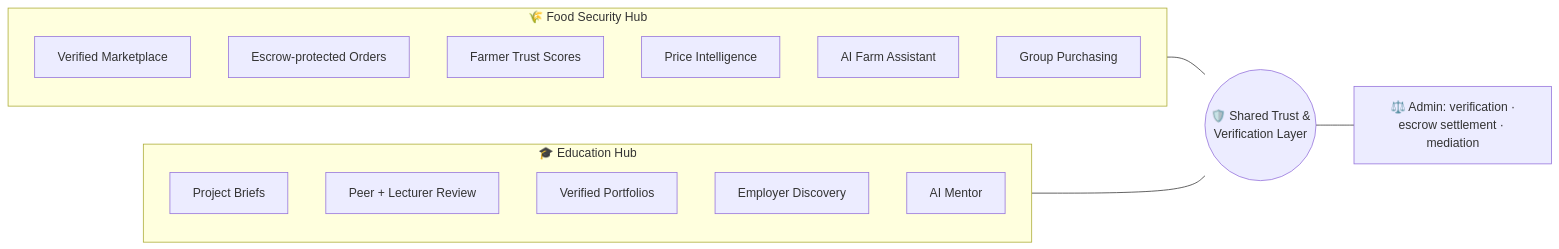
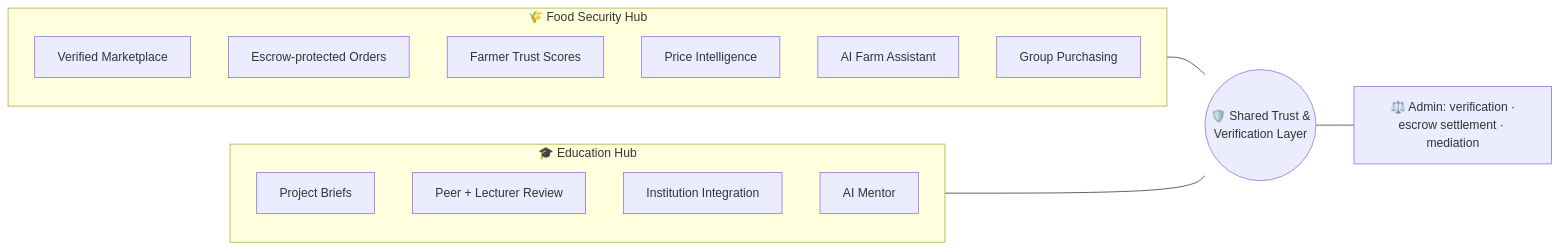
The first of 9 diagrams in README.md (JafarHussein/umoja-hub), drawn with Mermaid before and after one commit. The commit also changed other lines of this file and 23 other files, not shown here.

````diff
--- a/README.md
+++ b/README.md
@@ -67,22 +69,21 @@
 ```mermaid
 flowchart LR
   subgraph FH["🌾 Food Security Hub"]
     A1[Verified Marketplace]
     A2[Escrow-protected Orders]
     A3[Farmer Trust Scores]
     A4[Price Intelligence]
     A5[AI Farm Assistant]
     A6[Group Purchasing]
   end
   subgraph EH["🎓 Education Hub"]
     B1[Project Briefs]
     B2[Peer + Lecturer Review]
-    B3[Verified Portfolios]
-    B4[Employer Discovery]
-    B5[AI Mentor]
+    B3[Institution Integration]
+    B4[AI Mentor]
   end
   TRUST(("🛡️ Shared Trust &<br/>Verification Layer"))
   FH --- TRUST
   EH --- TRUST
   TRUST --- ADMIN["⚖️ Admin: verification ·<br/>escrow settlement · mediation"]
 ```
````
